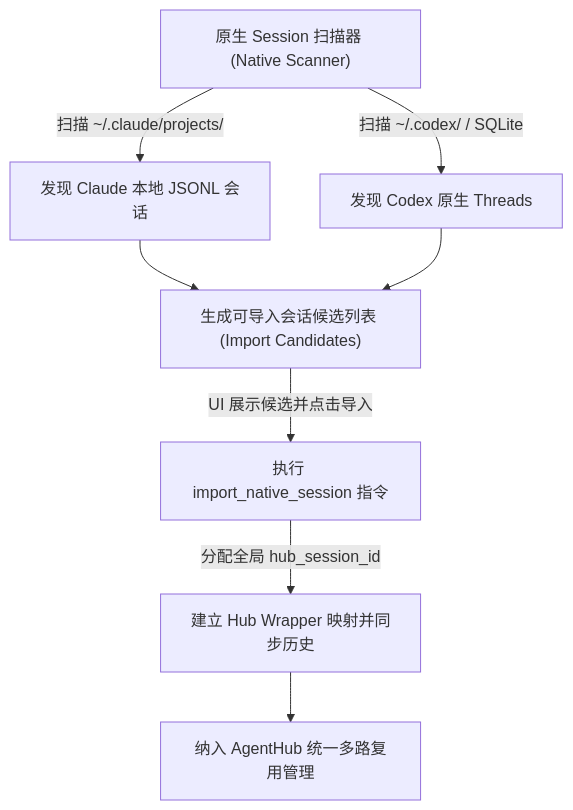
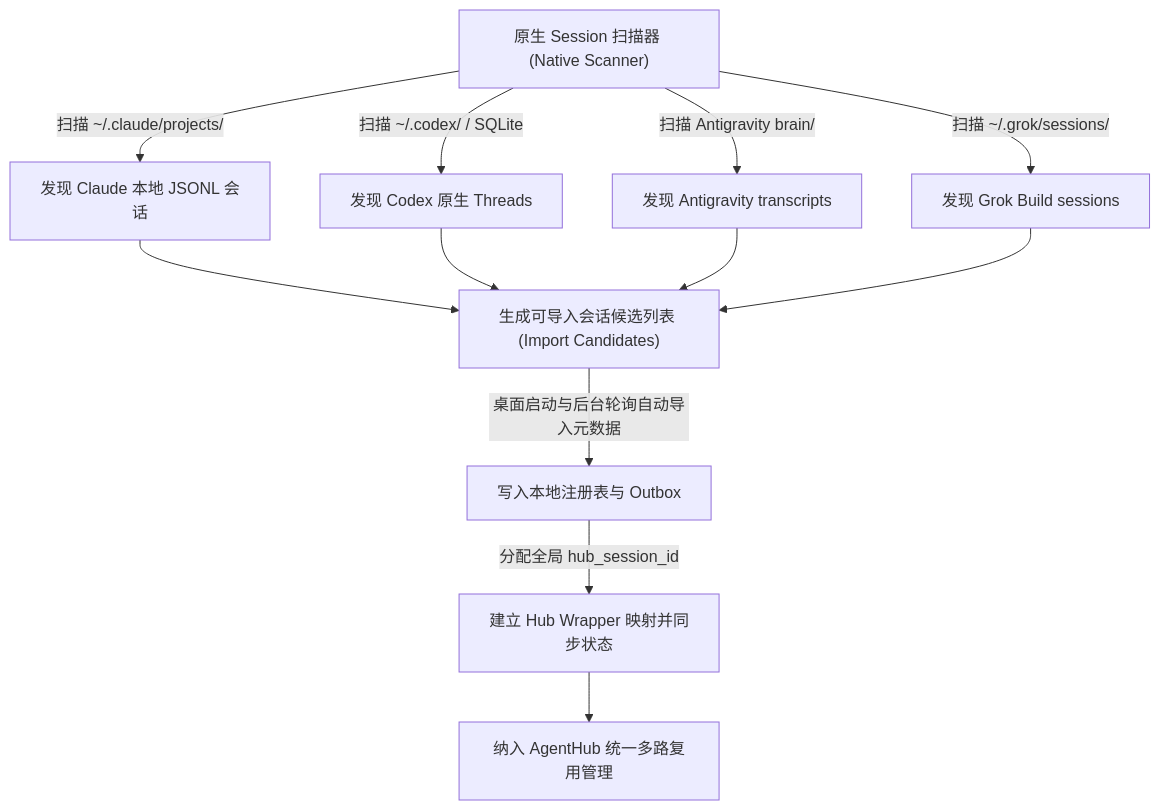
The fifth of 5 diagrams in docs/ARCHITECTURE.md (xiaoran7/agenthub), drawn with Mermaid before and after one commit. The commit also changed other lines of this file and 9 other files, not shown here.

````diff
--- a/docs/ARCHITECTURE.md
+++ b/docs/ARCHITECTURE.md
@@ -260,14 +271,18 @@
 ```mermaid
 flowchart TD
     Scanner["原生 Session 扫描器 (Native Scanner)"]
-    
+
     Scanner -->|"扫描 ~/.claude/projects/"| ClaudeScan["发现 Claude 本地 JSONL 会话"]
     Scanner -->|"扫描 ~/.codex/ / SQLite"| CodexScan["发现 Codex 原生 Threads"]
-    
+    Scanner -->|"扫描 Antigravity brain/"| AntigravityScan["发现 Antigravity transcripts"]
+    Scanner -->|"扫描 ~/.grok/sessions/"| GrokScan["发现 Grok Build sessions"]
+
     ClaudeScan --> CandidateList["生成可导入会话候选列表 (Import Candidates)"]
     CodexScan --> CandidateList
-    
-    CandidateList -->|"UI 展示候选并点击导入"| ImportCmd["执行 import_native_session 指令"]
-    ImportCmd -->|"分配全局 hub_session_id"| AttachWrapper["建立 Hub Wrapper 映射并同步历史"]
+    AntigravityScan --> CandidateList
+    GrokScan --> CandidateList
+
+    CandidateList -->|"桌面启动与后台轮询自动导入元数据"| ImportCmd["写入本地注册表与 Outbox"]
+    ImportCmd -->|"分配全局 hub_session_id"| AttachWrapper["建立 Hub Wrapper 映射并同步状态"]
     AttachWrapper --> Done["纳入 AgentHub 统一多路复用管理"]
 ```
````
